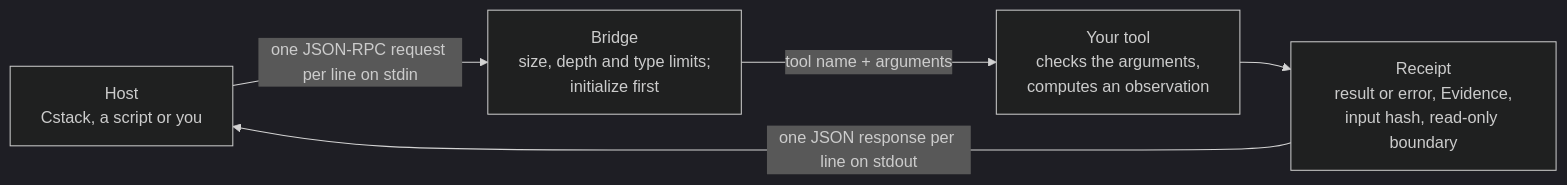
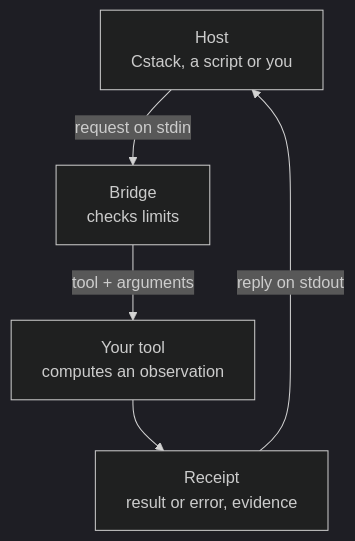
One commit to Akilleez-QA/foundation-template changed the diagram in README.md. Above: the diagram before and after it, drawn with Mermaid (dark theme). The commit also changed 1 other file, not shown here.

Commit message:
docs(readme): draw the bridge diagram top-down with short labels
A four-node left-to-right Mermaid diagram renders small on GitHub; switch
to flowchart TD and move detail from the edges into the text below.

````diff
--- a/README.md
+++ b/README.md
@@ -56,7 +56,7 @@
 ```mermaid
-flowchart LR
-    H["Host<br/>Cstack, a script or you"] -->|"one JSON-RPC request per line on stdin"| B["Bridge<br/>size, depth and type limits;<br/>initialize first"]
-    B -->|"tool name + arguments"| T["Your tool<br/>checks the arguments,<br/>computes an observation"]
-    T --> R["Receipt<br/>result or error, Evidence,<br/>input hash, read-only boundary"]
-    R -->|"one JSON response per line on stdout"| H
+flowchart TD
+    H["Host<br/>Cstack, a script or you"] -->|"request on stdin"| B["Bridge<br/>checks limits"]
+    B -->|"tool + arguments"| T["Your tool<br/>computes an observation"]
+    T --> R["Receipt<br/>result or error, evidence"]
+    R -->|"reply on stdout"| H
 ```
````
